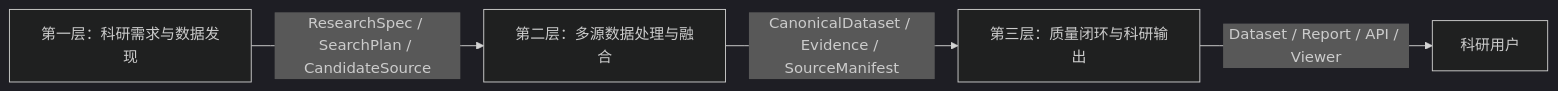
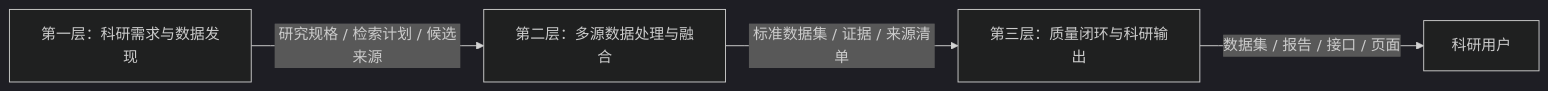
Before and after one commit to xsc2466729313-cyber/research-data-agent: the first of 2 diagrams in docs/02_系统架构.md, drawn with Mermaid (dark theme). The commit also changed other lines of this file and 63 other files, not shown here.

````diff
--- a/docs/02_系统架构.md
+++ b/docs/02_系统架构.md
@@ -3,9 +11,9 @@
 ```mermaid
 flowchart LR
     A["第一层：科研需求与数据发现"]
     B["第二层：多源数据处理与融合"]
     C["第三层：质量闭环与科研输出"]
-    A -->|"ResearchSpec / SearchPlan / CandidateSource"| B
-    B -->|"CanonicalDataset / Evidence / SourceManifest"| C
-    C -->|"Dataset / Report / API / Viewer"| D["科研用户"]
+    A -->|"研究规格 / 检索计划 / 候选来源"| B
+    B -->|"标准数据集 / 证据 / 来源清单"| C
+    C -->|"数据集 / 报告 / 接口 / 页面"| D["科研用户"]
 ```
````
